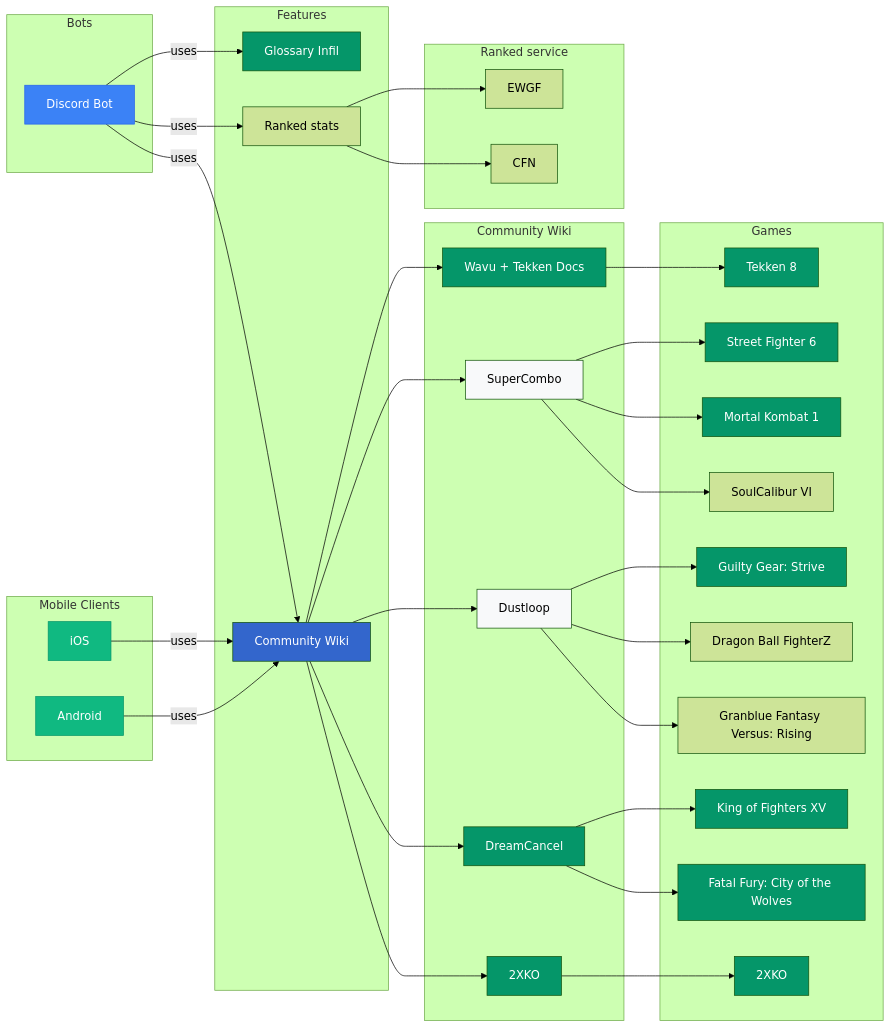
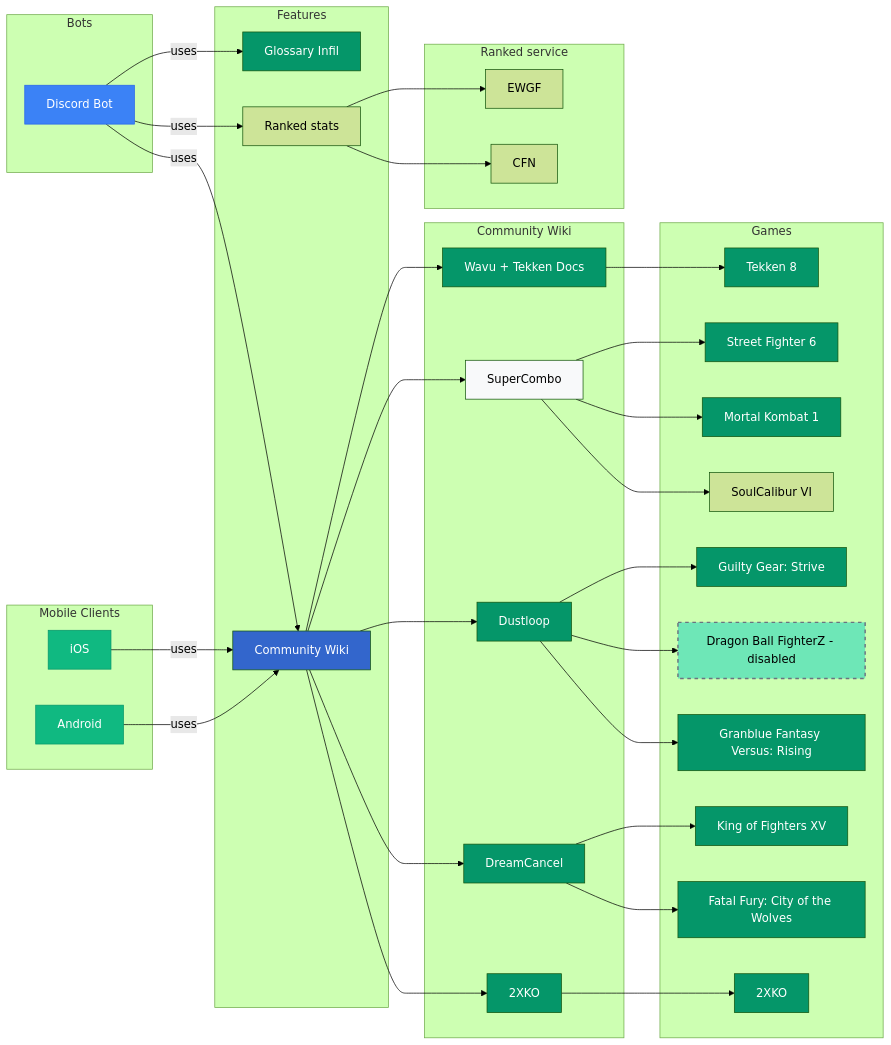
One commit to Sophon/FightingNerd changed the diagram in mermaid/modules.mmd. Above: the diagram before and after it, drawn with Mermaid (forest theme). The commit also changed 25 other files, not shown here.

```diff
--- a/mermaid/modules.mmd
+++ b/mermaid/modules.mmd
@@ -1,87 +1,89 @@
 graph LR
     subgraph Bots
         discordBot[Discord Bot]
     end
 
     subgraph "Mobile Clients"
         android[Android]
         iOS[iOS]
     end
 
     subgraph Features
         glossaryInfil[Glossary Infil]
         communityWiki[Community Wiki]
         elo[Ranked stats]
     end
 
     subgraph Community Wiki
         wikiWavu[Wavu + Tekken Docs]
         supercombo[SuperCombo]
         2xko[2XKO]
         dustloop[Dustloop]
         dreamcancel[DreamCancel]
     end
 
     subgraph Games
         t8[Tekken 8]
         sf6[Street Fighter 6]
         mk1[Mortal Kombat 1]
         sc6[SoulCalibur VI]
         ggst[Guilty Gear: Strive]
-        dbfz[Dragon Ball FighterZ]
+        dbfz[Dragon Ball FighterZ - disabled]
         gbvsr[Granblue Fantasy Versus: Rising]
         kof15[King of Fighters XV]
         cotw[Fatal Fury: City of the Wolves]
         xko[2XKO]
     end
 
     subgraph Ranked service
         ewgf[EWGF]
         cfn[CFN]
     end
 
     android -->|uses| communityWiki
     iOS -->|uses| communityWiki
 
     discordBot -->|uses| glossaryInfil
     discordBot -->|uses| communityWiki
     discordBot -->|uses| elo
 
     communityWiki --> wikiWavu
     communityWiki --> supercombo
     communityWiki --> 2xko
     communityWiki --> dreamcancel
     communityWiki --> dustloop
 
     elo --> ewgf
     elo --> cfn
 
     wikiWavu --> t8
     supercombo --> sf6
     supercombo --> mk1
     supercombo --> sc6
     dustloop --> ggst
     dustloop --> dbfz
     dustloop --> gbvsr
     2xko --> xko
     dreamcancel --> kof15
     dreamcancel --> cotw
 
 
     style discordBot fill:#3B82F6,stroke:#2563EB,color:#fff
     style android fill:#10B981,stroke:#059669,color:#fff
     style iOS fill:#10B981,stroke:#059669,color:#fff
     style glossaryInfil fill:#059669,color:#fff
     style communityWiki fill:#3366CC,color:#fff
     style wikiWavu fill:#059669,color:#fff
     style supercombo fill:#F8F9FA,color:#000000
     style dreamcancel fill:#059669, color:#fff
-    style dustloop fill:#F8F9FA,color:#000000
+    style dustloop fill:#059669,color:#fff
     style 2xko fill:#059669,color:#fff
     style t8 fill:#059669, color:#fff
     style sf6 fill:#059669, color:#fff
     style xko fill:#059669, color:#fff
     style kof15 fill:#059669,color:#fff
     style cotw fill:#059669,color:#fff
     style ggst fill:#059669,color:#fff
     style mk1 fill:#059669,color:#fff
+    style dbfz fill:#6EE7B7,color:#000000,stroke:#6B7280,stroke-width:2,stroke-dasharray:5 5
+    style gbvsr fill:#059669,color:#fff
```
